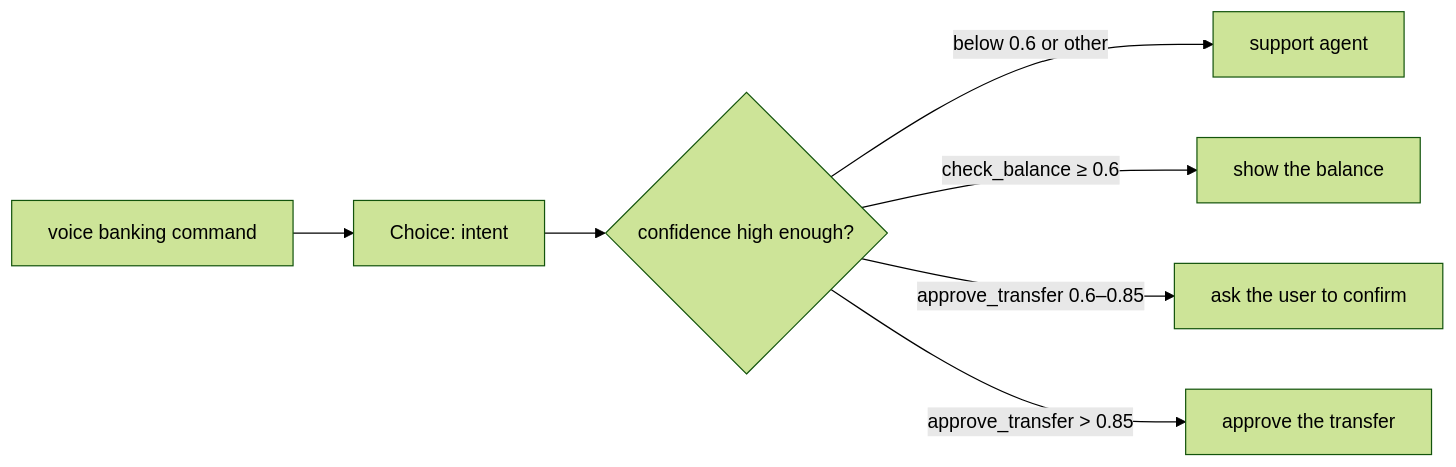
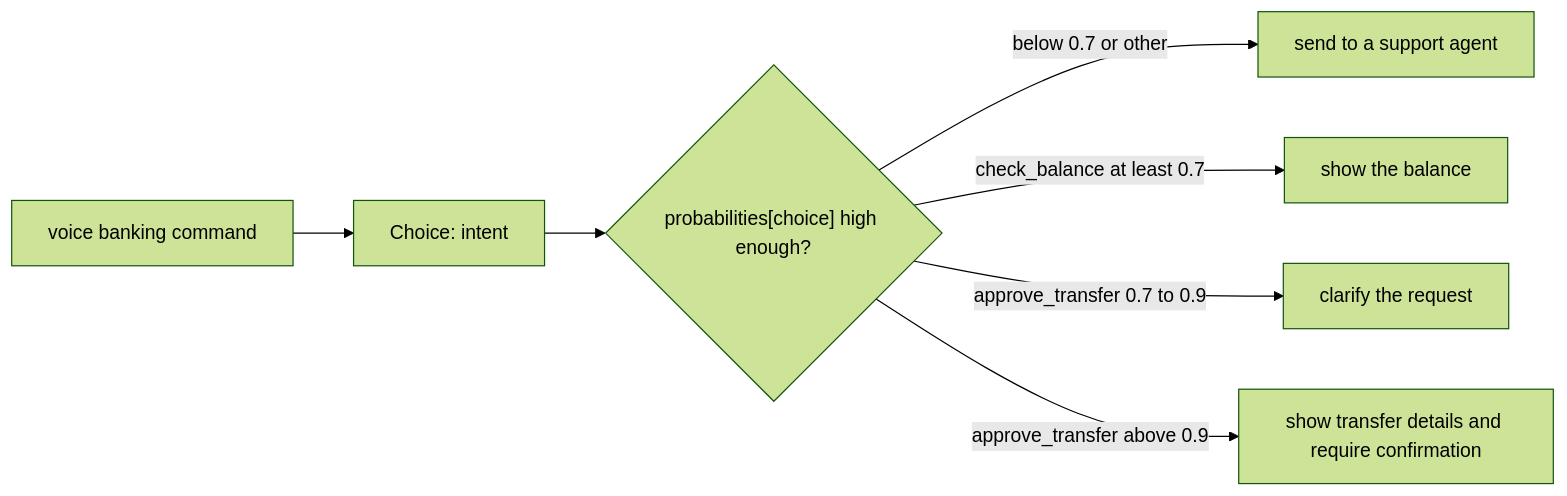
One commit to typesafe-docs/typesafeai changed the fifth of 7 diagrams in docs/07-patterns.md. Above: the diagram before and after it, drawn with Mermaid (forest theme). The commit also changed other lines of this file and 118 other files, not shown here.

````diff
--- a/docs/07-patterns.md
+++ b/docs/07-patterns.md
@@ -221,9 +668,9 @@
 ```mermaid
 flowchart LR
     command["voice banking command"] --> req["Choice: intent"]
-    req --> gate{"confidence high enough?"}
-    gate -- "below 0.6 or other" --> human["support agent"]
-    gate -- "check_balance ≥ 0.6" --> balance["show the balance"]
-    gate -- "approve_transfer 0.6–0.85" --> confirm["ask the user to confirm"]
-    gate -- "approve_transfer > 0.85" --> approve["approve the transfer"]
+    req --> gate{"probabilities[choice] high enough?"}
+    gate -- "below 0.7 or other" --> human["send to a support agent"]
+    gate -- "check_balance at least 0.7" --> balance["show the balance"]
+    gate -- "approve_transfer 0.7 to 0.9" --> clarify["clarify the request"]
+    gate -- "approve_transfer above 0.9" --> confirm["show transfer details and require confirmation"]
 ```
````
